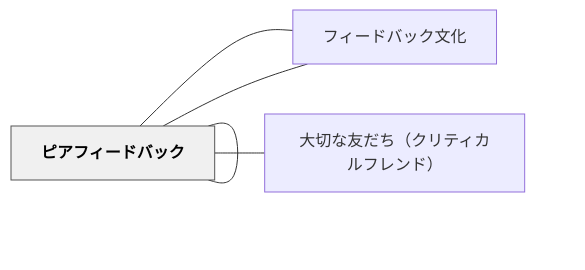
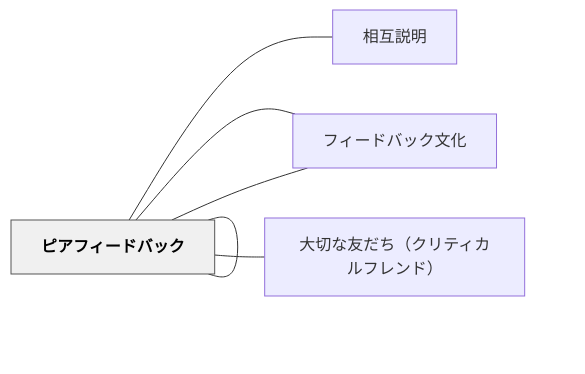
One commit to unknownthings-ed-patterns/unknownthings-ed-patterns changed the diagram in content/パタン/ピアコーチング.md. Above: the diagram before and after it, drawn with Mermaid. The commit also changed other lines of this file and 473 other files, not shown here.

````diff
--- a/content/パタン/ピアコーチング.md
+++ b/content/パタン/ピアコーチング.md
@@ -52,16 +53,18 @@
 ```mermaid
 flowchart LR
     ne38394e382a2["ピアコーチング"]
+    ne79bb8e4ba92["相互説明"]
     ne38395e382a3["フィードバック"]
     ne38394e382a2["ピアフィードバック"]
     ne38395e382a3["フィードバック文化"]
     ne5a4a7e58887["大切な友だち（クリティカルフレンド）"]
 
+    ne38394e382a2 --- ne79bb8e4ba92
     ne38394e382a2 --- ne38395e382a3
     ne38394e382a2 --- ne38394e382a2
     ne38394e382a2 --- ne38395e382a3
     ne38394e382a2 --- ne5a4a7e58887
 
     classDef hub fill:#f0f0f0,stroke:#555,color:#000,font-weight:bold
     class ne38394e382a2 hub
 ```
````
